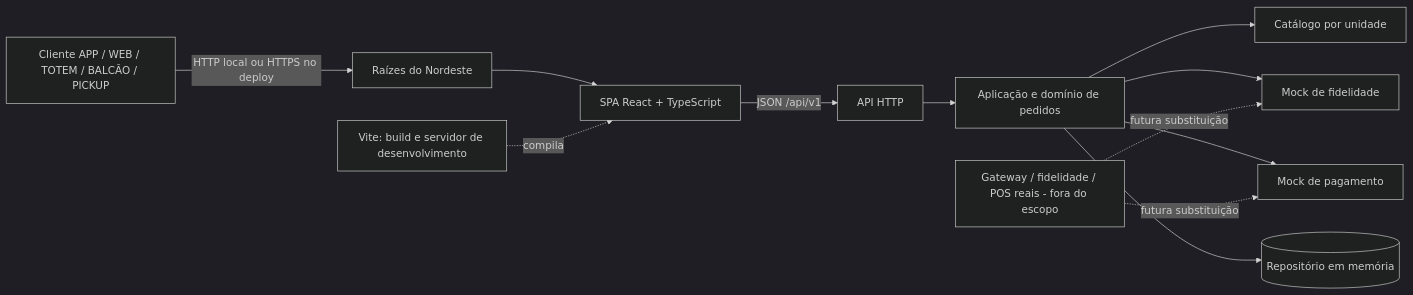
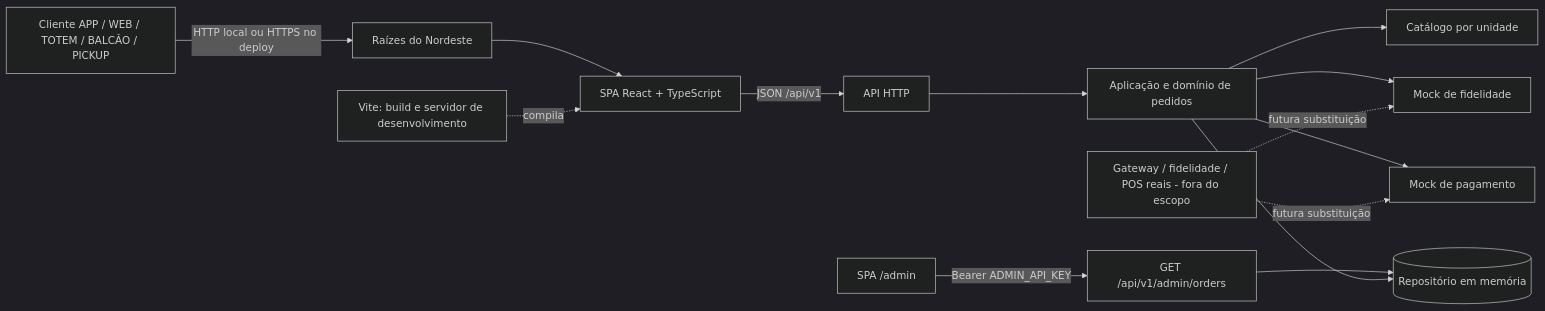
One commit to claiverty/RaizesDoNordeste changed the first of 5 diagrams in docs/arquitetura.md. Above: the diagram before and after it, drawn with Mermaid (dark theme). The commit also changed other lines of this file and 26 other files, not shown here.

````diff
--- a/docs/arquitetura.md
+++ b/docs/arquitetura.md
@@ -9,14 +9,16 @@
 ```mermaid
 flowchart LR
   C[Cliente APP / WEB / TOTEM / BALCÃO / PICKUP] -->|HTTP local ou HTTPS no deploy| S[Raízes do Nordeste]
   S --> UI[SPA React + TypeScript]
   V[Vite: build e servidor de desenvolvimento] -. compila .-> UI
   UI -->|JSON /api/v1| API[API HTTP]
+  ADM[SPA /admin] -->|Bearer ADMIN_API_KEY| ADMIN[GET /api/v1/admin/orders]
+  ADMIN --> STORE
   API --> DOM[Aplicação e domínio de pedidos]
   DOM --> CAT[Catálogo por unidade]
   DOM --> LOY[Mock de fidelidade]
   DOM --> PAY[Mock de pagamento]
   DOM --> STORE[(Repositório em memória)]
   EXT[Gateway / fidelidade / POS reais - fora do escopo] -. futura substituição .-> LOY
   EXT -. futura substituição .-> PAY
 ```
````
